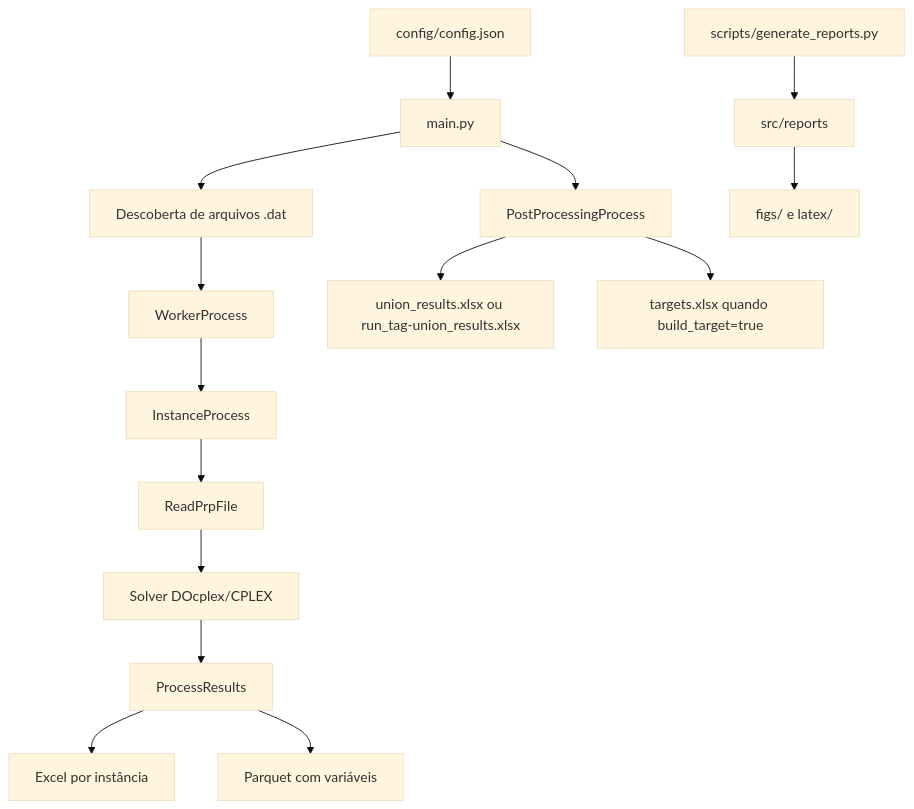
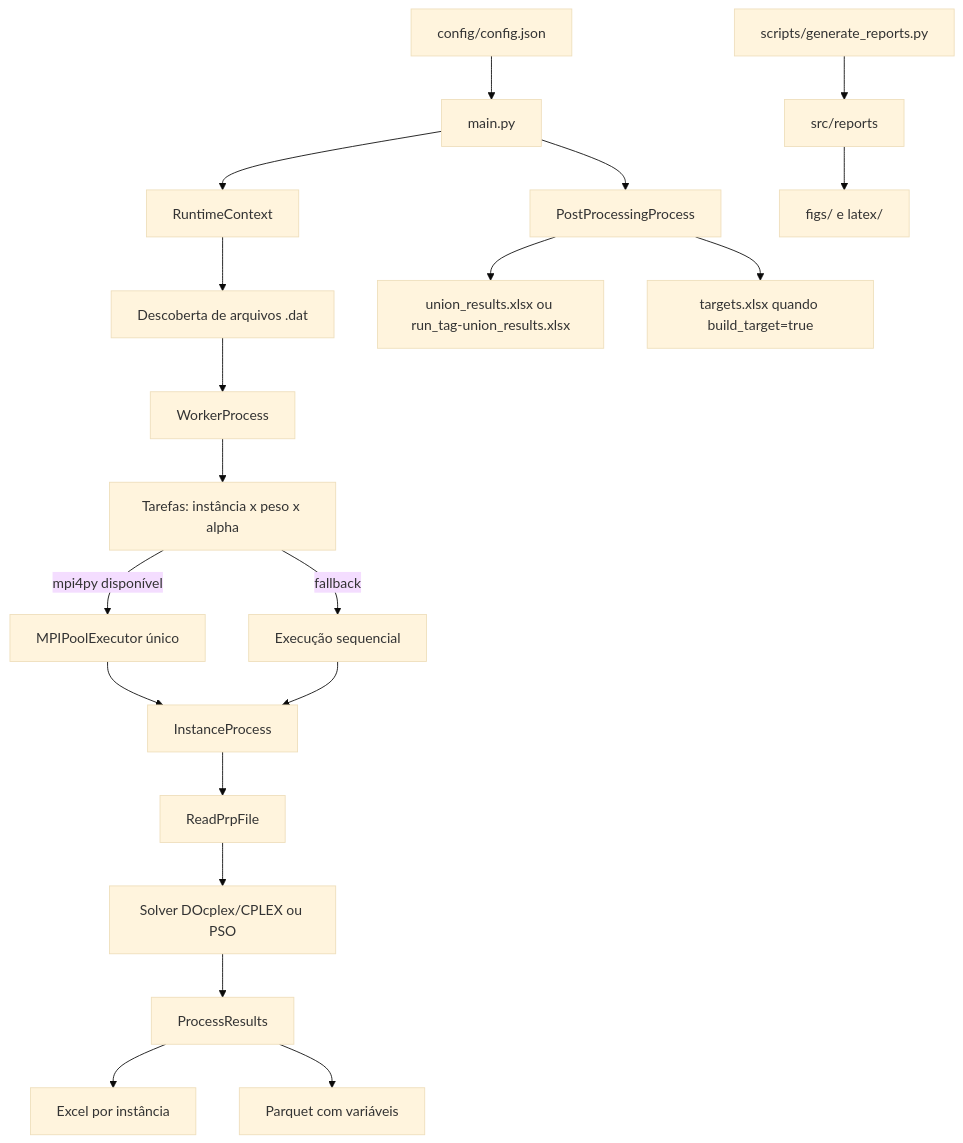
Before and after one commit to gsamaro/lsvrp: the first of 2 diagrams in README.md, drawn with Mermaid (base theme). The commit also changed other lines of this file and 6 other files, not shown here.

````diff
--- a/README.md
+++ b/README.md
@@ -27,17 +27,22 @@
 ```mermaid
 flowchart TD
     A["config/config.json"] --> B["main.py"]
-    B --> C["Descoberta de arquivos .dat"]
-    C --> D["WorkerProcess"]
-    D --> E["InstanceProcess"]
-    E --> F["ReadPrpFile"]
-    F --> G["Solver DOcplex/CPLEX"]
-    G --> H["ProcessResults"]
-    H --> I["Excel por instância"]
-    H --> J["Parquet com variáveis"]
-    B --> K["PostProcessingProcess"]
-    K --> L["union_results.xlsx ou run_tag-union_results.xlsx"]
-    K --> M["targets.xlsx quando build_target=true"]
-    N["scripts/generate_reports.py"] --> O["src/reports"]
-    O --> P["figs/ e latex/"]
+    B --> C["RuntimeContext"]
+    C --> D["Descoberta de arquivos .dat"]
+    D --> E["WorkerProcess"]
+    E --> F["Tarefas: instância x peso x alpha"]
+    F -->|mpi4py disponível| G["MPIPoolExecutor único"]
+    F -->|fallback| H["Execução sequencial"]
+    G --> I["InstanceProcess"]
+    H --> I
+    I --> J["ReadPrpFile"]
+    J --> K["Solver DOcplex/CPLEX ou PSO"]
+    K --> L["ProcessResults"]
+    L --> M["Excel por instância"]
+    L --> N["Parquet com variáveis"]
+    B --> T["PostProcessingProcess"]
+    T --> O["union_results.xlsx ou run_tag-union_results.xlsx"]
+    T --> P["targets.xlsx quando build_target=true"]
+    Q["scripts/generate_reports.py"] --> R["src/reports"]
+    R --> S["figs/ e latex/"]
 ```
````
